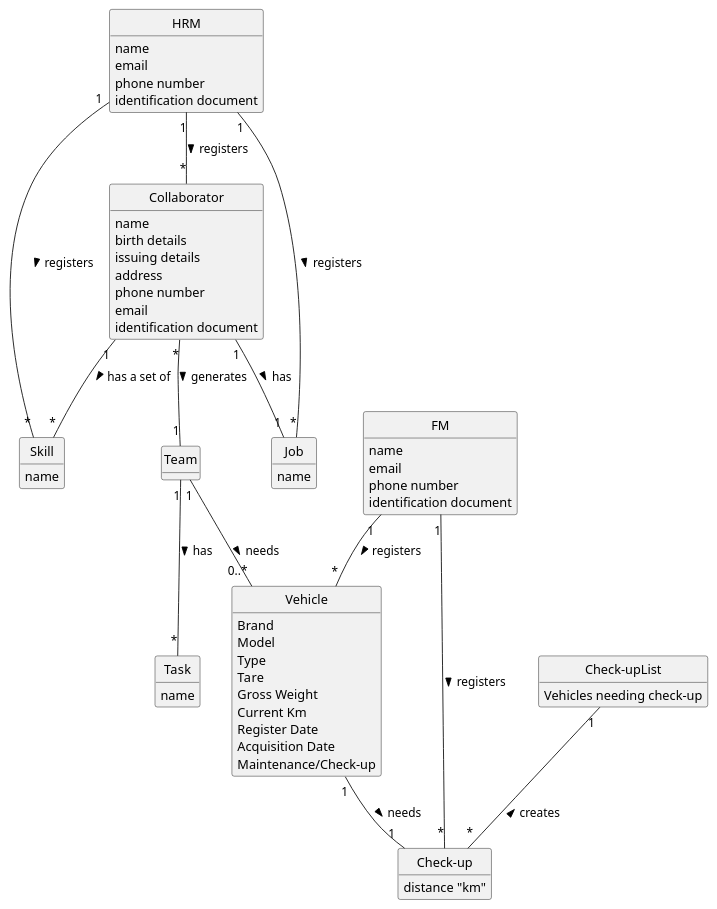
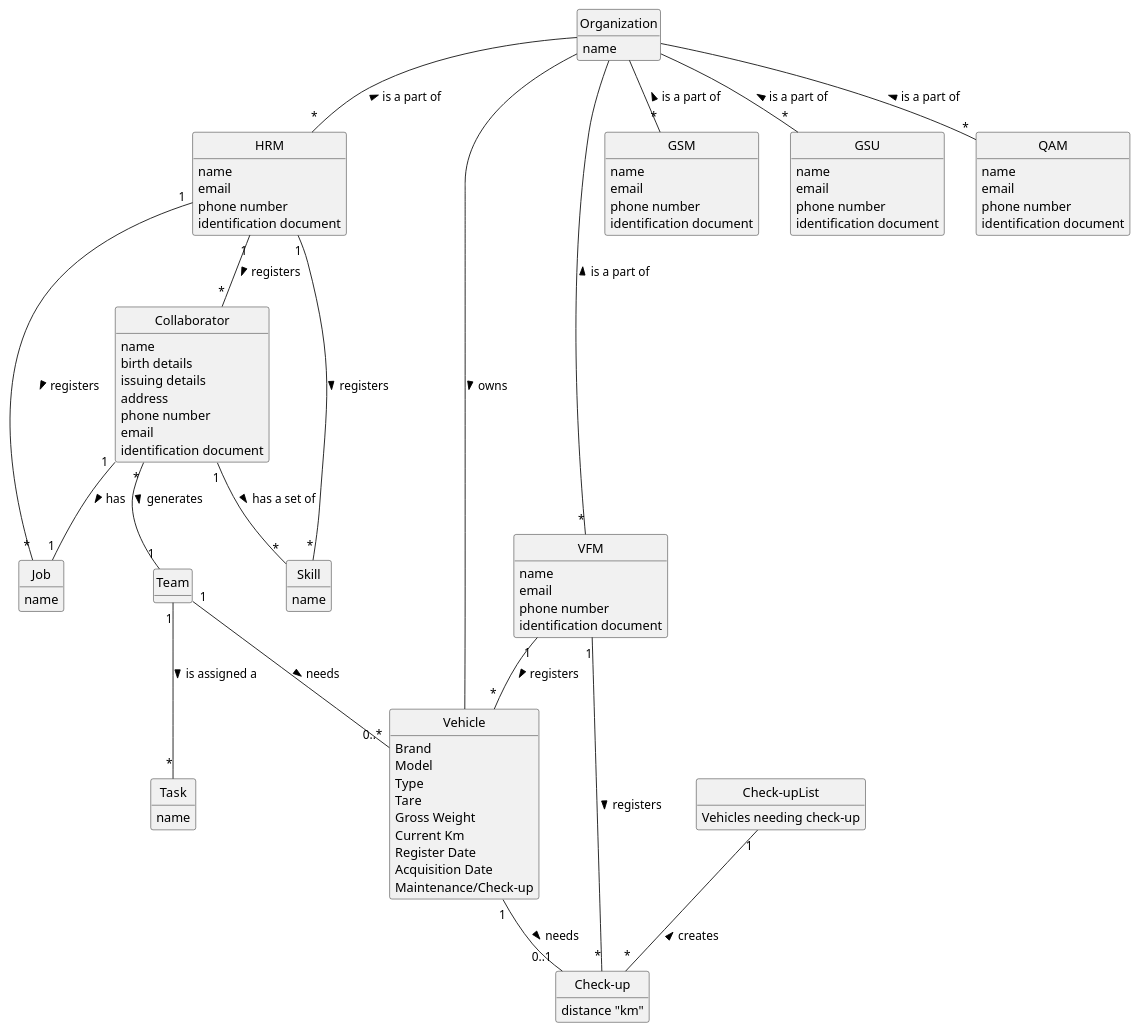
Before and after one commit to Departamento-de-Engenharia-Informatica/lei-24-s2-1dl-g121: the diagram in docs/sprintB/global-artifacts/02.analysis/puml/project-domain-model.puml, drawn with PlantUML. The commit also changed 1 other file, not shown here.

Commit message:
updated project-domain-model.puml and us004-sequence-diagram-full.puml

```diff
--- a/docs/sprintB/global-artifacts/02.analysis/puml/project-domain-model.puml
+++ b/docs/sprintB/global-artifacts/02.analysis/puml/project-domain-model.puml
@@ -1,102 +1,133 @@
 @startuml
 skinparam monochrome true
 skinparam packageStyle rectangle
 skinparam shadowing false
 'skinparam linetype ortho
 'left to right direction
 skinparam classAttributeIconSize 0
 hide circle
 hide methods
 
 'title Domain Model
 
 'class Platform {
 '  -description
 '}
+class Organization{
+    name
+}
 
 class HRM{
     name
     email
     phone number
     identification document
 }
 
-class FM{
+class VFM{
+    name
+    email
+    phone number
+    identification document
+}
+
+class GSM{
+    name
+    email
+    phone number
+    identification document
+}
+
+class GSU{
+    name
+    email
+    phone number
+    identification document
+}
+
+class QAM{
     name
     email
     phone number
     identification document
 }
 
 class Skill{
     name
 }
 
 class Job{
     name
 }
 
 class Collaborator{
     name
     birth details
     issuing details
     address
     phone number
     email
     identification document
 }
 
 class Team
 
 class Task{
     name
 }
 
 class Vehicle{
     Brand
     Model
     Type
     Tare
     Gross Weight
     Current Km
     Register Date
     Acquisition Date
     Maintenance/Check-up
 }
 
 class Check-up{
     distance "km"
 }
 
 class Check-upList{
     Vehicles needing check-up
 }
 
+
+Organization -- "*" HRM : is a part of <
+Organization -- "*" VFM : is a part of <
+Organization -- "*" GSM : is a part of <
+Organization -- "*" GSU : is a part of <
+Organization -- "*" QAM : is a part of <
+Organization -- Vehicle : owns >
 HRM "1" -- "*" Skill : registers >
 HRM "1" -- "*" Job : registers >
 HRM "1" -- "*" Collaborator : registers >
 Collaborator "1" -- "*" Skill : has a set of >
 Collaborator "1" -- "1" Job : has >
 Collaborator "*" -- "1" Team : generates >
-Team "1" -- "*" Task : has >
-FM "1" -- "*" Vehicle : registers >
-FM "1" -- "*" "Check-up" : registers >
-Vehicle "1" -- "1" "Check-up" : needs >
+Team "1" -- "*" Task : is assigned a >
+VFM "1" -- "*" Vehicle : registers >
+VFM "1" -- "*" "Check-up" : registers >
+Vehicle "1" -- "0..1" "Check-up" : needs >
 Team "1" -- "0..*" Vehicle : needs >
 "Check-upList" "1" -- "*" "Check-up" :  creates <
 
 
 'Organization "1" - "0..*" Employee : has >
 'Organization "1" - "0..*" Task: owns >
 ''Task "*" -- "1" Employee: created by >
 'Employee "1" -- "*" Task : creates >
 ''Employee "0..1" -- "1" User: acts as >
 'Task "*" - "1" Category: cataloged as >
 'TechnicalSkill "*" - "1" ActivityArea: regarding an >
 
 'Category "*" - "*" TechnicalSkill :  : requires >
 '(Category, TechnicalSkill) . FeatureTS
 
 'Organization "1" -left "1" PostalAddress : located At >
 
 @enduml
```
